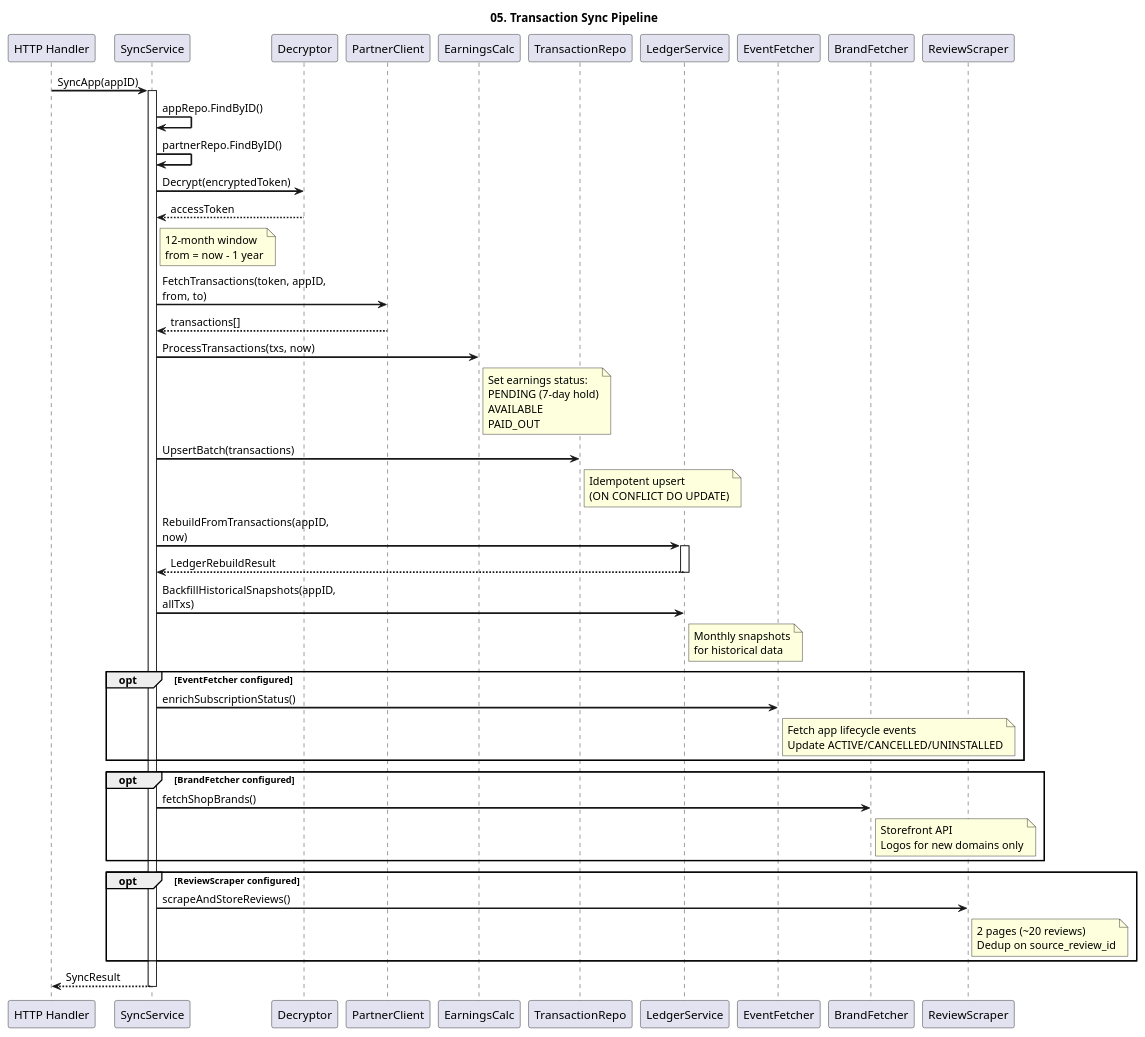
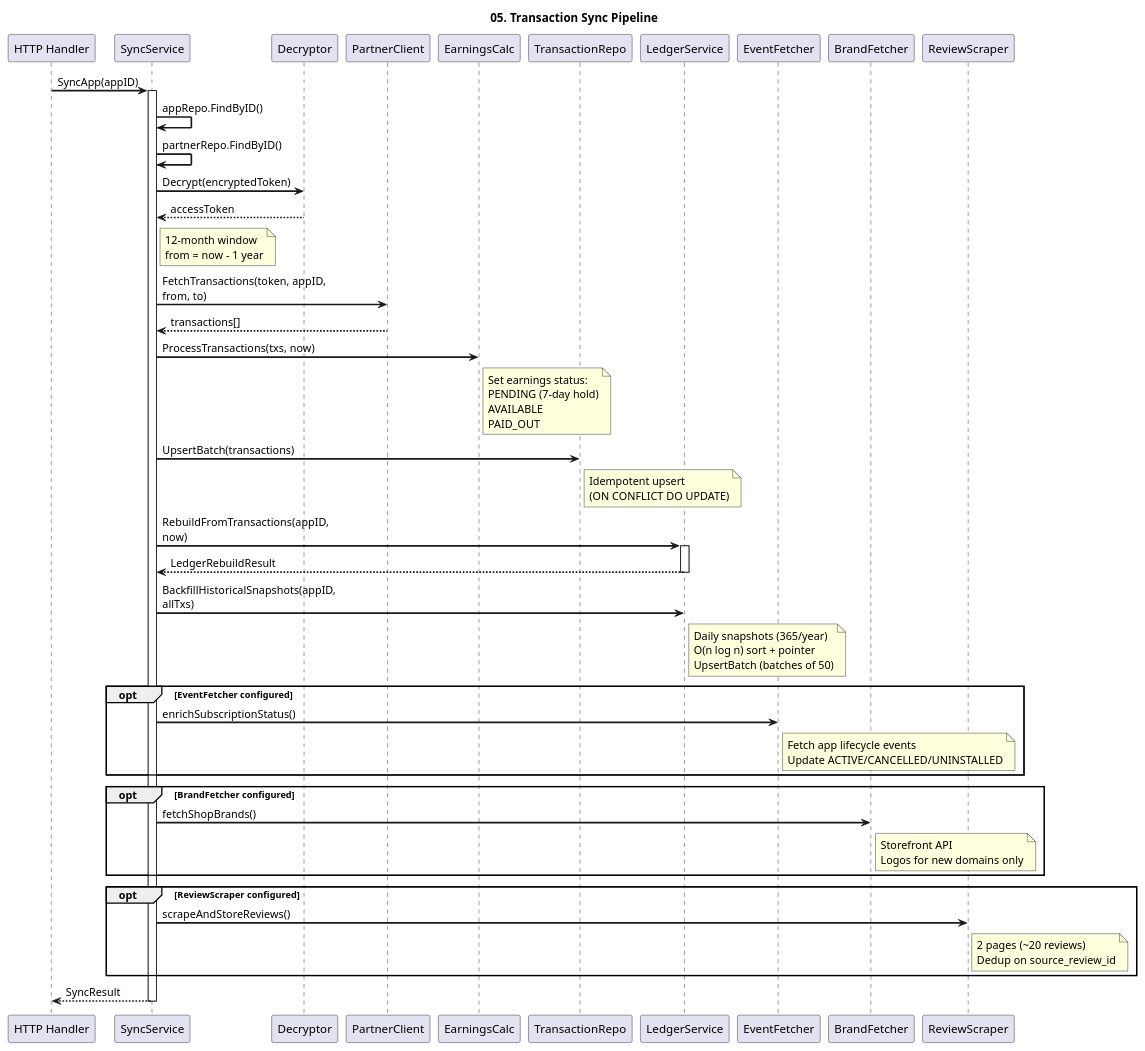
Before and after one commit to sachin-sivadasan/ledgerguard: the diagram in docs/diagrams/puml/05-sync-pipeline-sequence.puml, drawn with PlantUML. The commit also changed 83 other files, not shown here.

First line of the commit message:
feat: snapshot strategy — daily backfill O(n log n), trend API with granularity (ADR-041)

```diff
--- a/docs/diagrams/puml/05-sync-pipeline-sequence.puml
+++ b/docs/diagrams/puml/05-sync-pipeline-sequence.puml
@@ -1,63 +1,63 @@
 @startuml
 title 05. Transaction Sync Pipeline
 
 skinparam sequenceArrowThickness 2
 skinparam maxMessageSize 200
 
 participant "HTTP Handler" as Handler
 participant "SyncService" as Sync
 participant "Decryptor" as Crypto
 participant "PartnerClient" as Partner
 participant "EarningsCalc" as Earnings
 participant "TransactionRepo" as TxRepo
 participant "LedgerService" as Ledger
 participant "EventFetcher" as Events
 participant "BrandFetcher" as Brand
 participant "ReviewScraper" as Reviews
 
 Handler -> Sync: SyncApp(appID)
 activate Sync
 
 Sync -> Sync: appRepo.FindByID()
 Sync -> Sync: partnerRepo.FindByID()
 Sync -> Crypto: Decrypt(encryptedToken)
 Crypto --> Sync: accessToken
 
 note right of Sync: 12-month window\nfrom = now - 1 year
 
 Sync -> Partner: FetchTransactions(token, appID, from, to)
 Partner --> Sync: transactions[]
 
 Sync -> Earnings: ProcessTransactions(txs, now)
 note right of Earnings: Set earnings status:\nPENDING (7-day hold)\nAVAILABLE\nPAID_OUT
 
 Sync -> TxRepo: UpsertBatch(transactions)
 note right of TxRepo: Idempotent upsert\n(ON CONFLICT DO UPDATE)
 
 Sync -> Ledger: RebuildFromTransactions(appID, now)
 activate Ledger
 Ledger --> Sync: LedgerRebuildResult
 deactivate Ledger
 
 Sync -> Ledger: BackfillHistoricalSnapshots(appID, allTxs)
-note right of Ledger: Monthly snapshots\nfor historical data
+note right of Ledger: Daily snapshots (365/year)\nO(n log n) sort + pointer\nUpsertBatch (batches of 50)
 
 opt EventFetcher configured
   Sync -> Events: enrichSubscriptionStatus()
   note right of Events: Fetch app lifecycle events\nUpdate ACTIVE/CANCELLED/UNINSTALLED
 end
 
 opt BrandFetcher configured
   Sync -> Brand: fetchShopBrands()
   note right of Brand: Storefront API\nLogos for new domains only
 end
 
 opt ReviewScraper configured
   Sync -> Reviews: scrapeAndStoreReviews()
   note right of Reviews: 2 pages (~20 reviews)\nDedup on source_review_id
 end
 
 Sync --> Handler: SyncResult
 deactivate Sync
 
 @enduml
```
